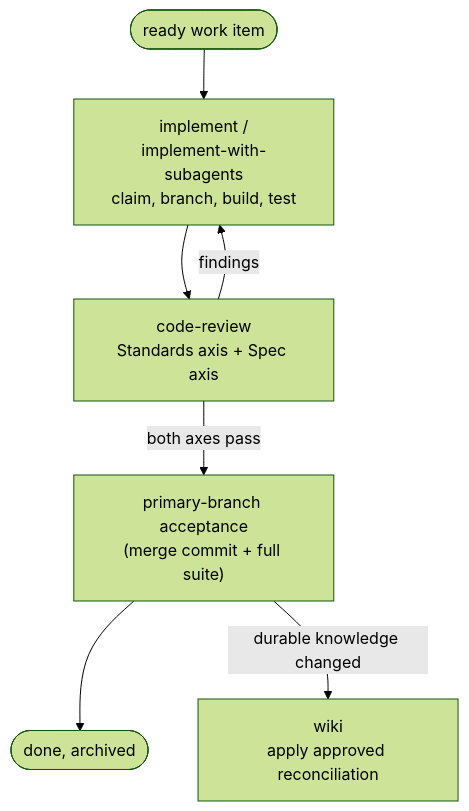
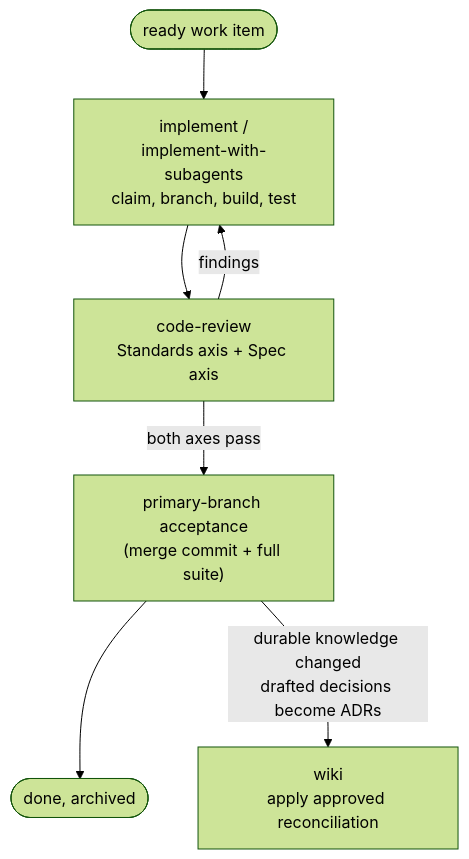
The third of 4 diagrams in README.md (beeltec/skills), drawn with Mermaid (forest theme) before and after one commit. The commit also changed other lines of this file and 21 other files, not shown here.

````diff
--- a/README.md
+++ b/README.md
@@ -59,9 +61,9 @@
 ```mermaid
 flowchart TD
     RDY(["ready work item"]) --> IMP
     IMP["implement /<br/>implement-with-subagents<br/>claim, branch, build, test"] --> CR
     CR["code-review<br/>Standards axis + Spec axis"] -->|findings| IMP
     CR -->|both axes pass| ACC["primary-branch acceptance<br/>(merge commit + full suite)"]
     ACC --> DONE(["done, archived"])
-    ACC -->|durable knowledge changed| WK["wiki<br/>apply approved reconciliation"]
+    ACC -->|durable knowledge changed<br/>drafted decisions become ADRs| WK["wiki<br/>apply approved reconciliation"]
 ```
````
